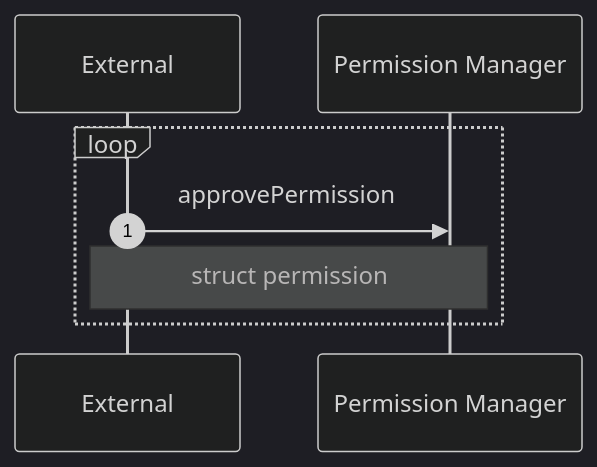
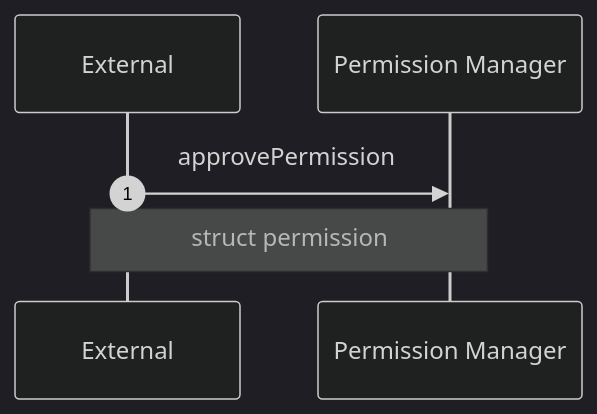
One commit to coinbase/smart-wallet-permissions changed the diagram in docs/diagrams/onchain/cachePermissions.md. Above: the diagram before and after it, drawn with Mermaid (dark theme). The commit also changed 1 other file, not shown here.

Commit message:
Add batch approve permission diagram

````diff
--- a/docs/diagrams/onchain/cachePermissions.md
+++ b/docs/diagrams/onchain/cachePermissions.md
@@ -5,11 +5,9 @@
 ```mermaid
 sequenceDiagram
     autonumber
     participant E as External
     participant M as Permission Manager
 
-    loop
-        E->>M: approvePermission
-        Note over E,M: struct permission
-    end
+    E->>M: approvePermission
+    Note over E,M: struct permission
 ```
````
